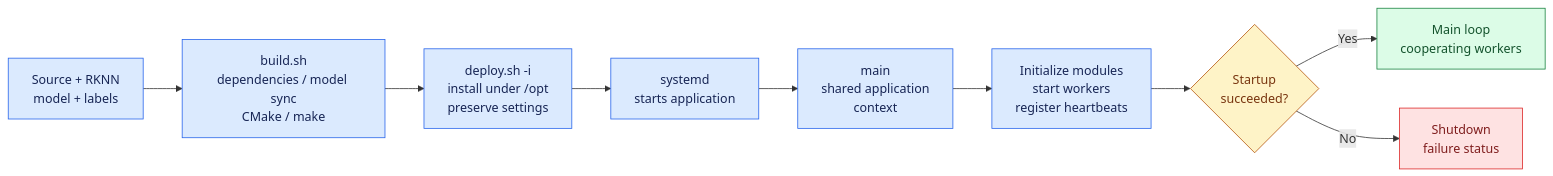
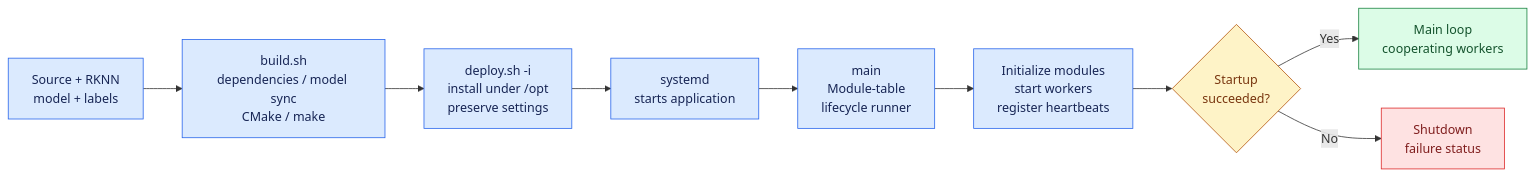
The fourth of 6 diagrams in README.md (qianruo-orange/autonomous-driving-car), drawn with Mermaid before and after one commit. The commit also changed other lines of this file and 1 other file, not shown here.

Commit message:
Move shared application initialization into context module

````diff
--- a/README.md
+++ b/README.md
@@ -98,19 +98,19 @@
 ```mermaid
 flowchart LR
     Source["Source + RKNN<br/>model + labels"] --> Build["build.sh<br/>dependencies / model sync<br/>CMake / make"]
     Build --> Deploy["deploy.sh -i<br/>install under /opt<br/>preserve settings"]
     Deploy --> Service["systemd<br/>starts application"]
-    Service --> Base["main<br/>shared application<br/>context"]
+    Service --> Base["main<br/>Module-table<br/>lifecycle runner"]
     Base --> Modules["Initialize modules<br/>start workers<br/>register heartbeats"]
     Modules --> Ready{"Startup<br/>succeeded?"}
     Ready -->|Yes| Running["Main loop<br/>cooperating workers"]
     Ready -->|No| Failed["Shutdown<br/>failure status"]
     classDef process fill:#dbeafe,stroke:#2563eb,color:#172554
     classDef output fill:#dcfce7,stroke:#15803d,color:#14532d
     classDef check fill:#fef3c7,stroke:#b45309,color:#78350f
     classDef failure fill:#fee2e2,stroke:#dc2626,color:#7f1d1d
     class Source,Build,Deploy,Service,Base,Modules process
     class Ready check
     class Running output
     class Failed failure
 ```
````
